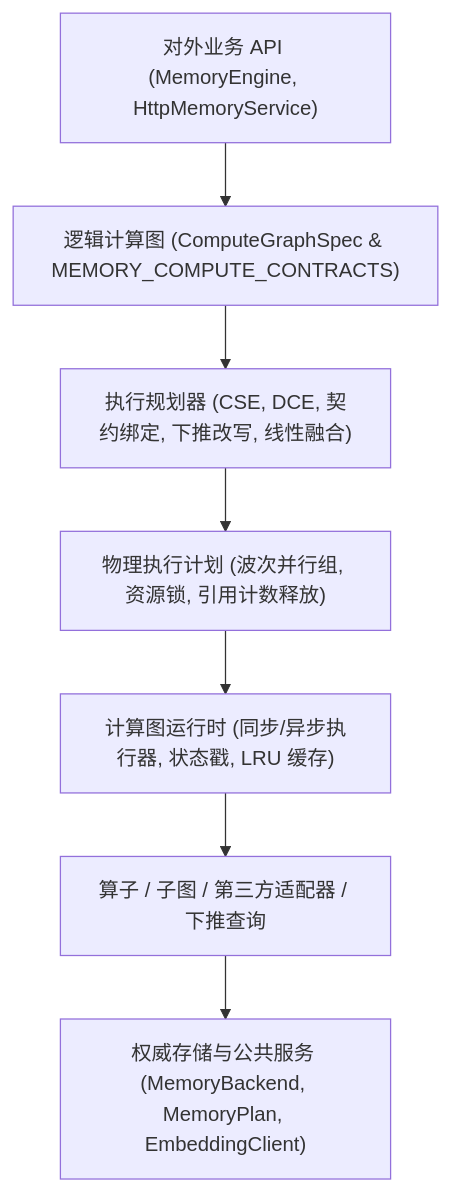
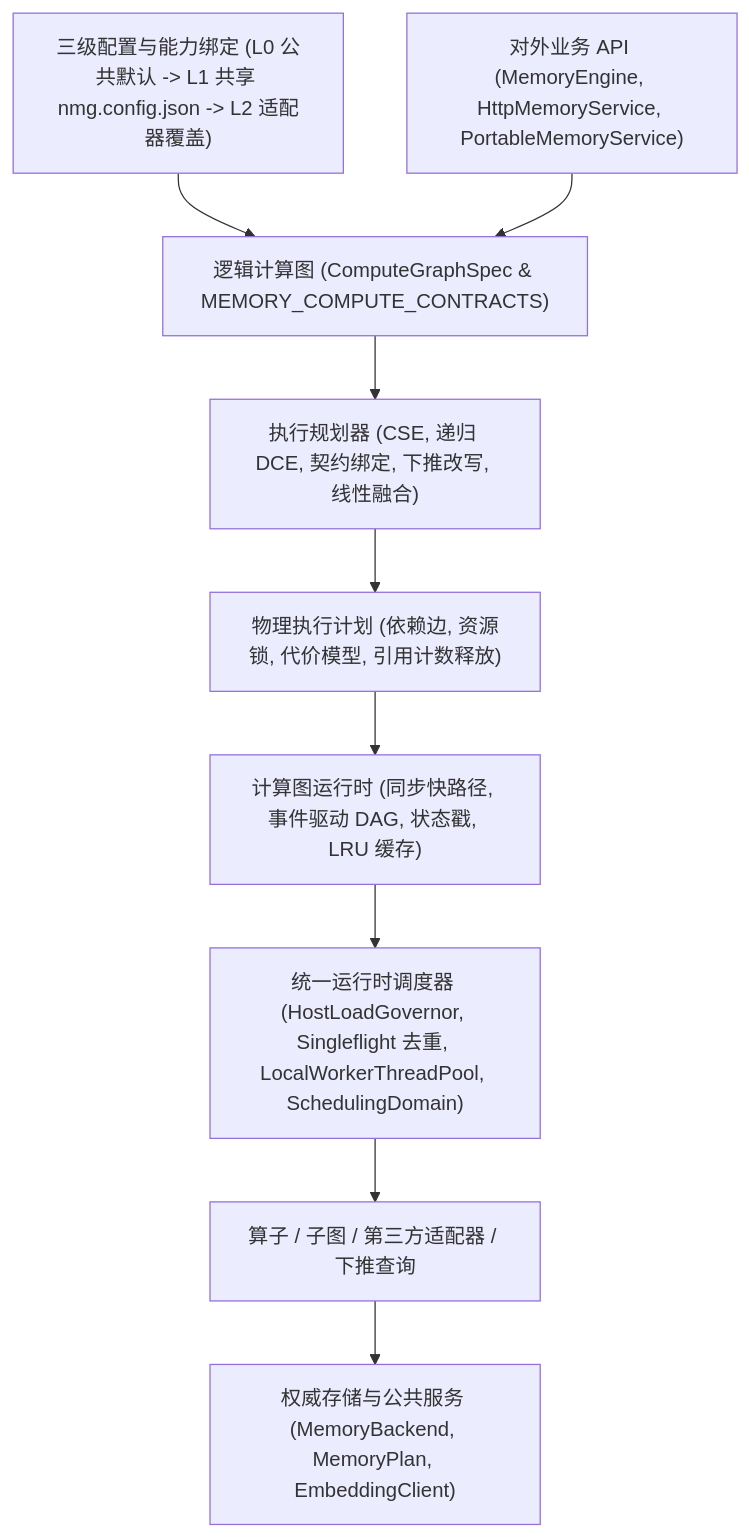
One commit to wefio/NodeMemoryGraph changed the diagram in docs/design/unified-architecture/compute-engine.zh-CN.md. Above: the diagram before and after it, drawn with Mermaid. The commit also changed other lines of this file and 48 other files, not shown here.

First line of the commit message:
feat(runtime,compute): converge public semantics, L0-L1-L2 capability config, and event-driven scheduler

````diff
--- a/docs/design/unified-architecture/compute-engine.zh-CN.md
+++ b/docs/design/unified-architecture/compute-engine.zh-CN.md
@@ -12,9 +12,11 @@
 ```mermaid
 flowchart TB
-  API["对外业务 API (MemoryEngine, HttpMemoryService)"] --> Logical["逻辑计算图 (ComputeGraphSpec & MEMORY_COMPUTE_CONTRACTS)"]
-  Logical --> Planner["执行规划器 (CSE, DCE, 契约绑定, 下推改写, 线性融合)"]
-  Planner --> Physical["物理执行计划 (波次并行组, 资源锁, 引用计数释放)"]
-  Physical --> Runtime["计算图运行时 (同步/异步执行器, 状态戳, LRU 缓存)"]
-  Runtime --> Realizations["算子 / 子图 / 第三方适配器 / 下推查询"]
+  Config["三级配置与能力绑定 (L0 公共默认 -> L1 共享 nmg.config.json -> L2 适配器覆盖)"] --> Logical
+  API["对外业务 API (MemoryEngine, HttpMemoryService, PortableMemoryService)"] --> Logical["逻辑计算图 (ComputeGraphSpec & MEMORY_COMPUTE_CONTRACTS)"]
+  Logical --> Planner["执行规划器 (CSE, 递归 DCE, 契约绑定, 下推改写, 线性融合)"]
+  Planner --> Physical["物理执行计划 (依赖边, 资源锁, 代价模型, 引用计数释放)"]
+  Physical --> Runtime["计算图运行时 (同步快路径, 事件驱动 DAG, 状态戳, LRU 缓存)"]
+  Runtime --> Scheduler["统一运行时调度器 (HostLoadGovernor, Singleflight 去重, LocalWorkerThreadPool, SchedulingDomain)"]
+  Scheduler --> Realizations["算子 / 子图 / 第三方适配器 / 下推查询"]
   Realizations --> Storage["权威存储与公共服务 (MemoryBackend, MemoryPlan, EmbeddingClient)"]
 ```
````
